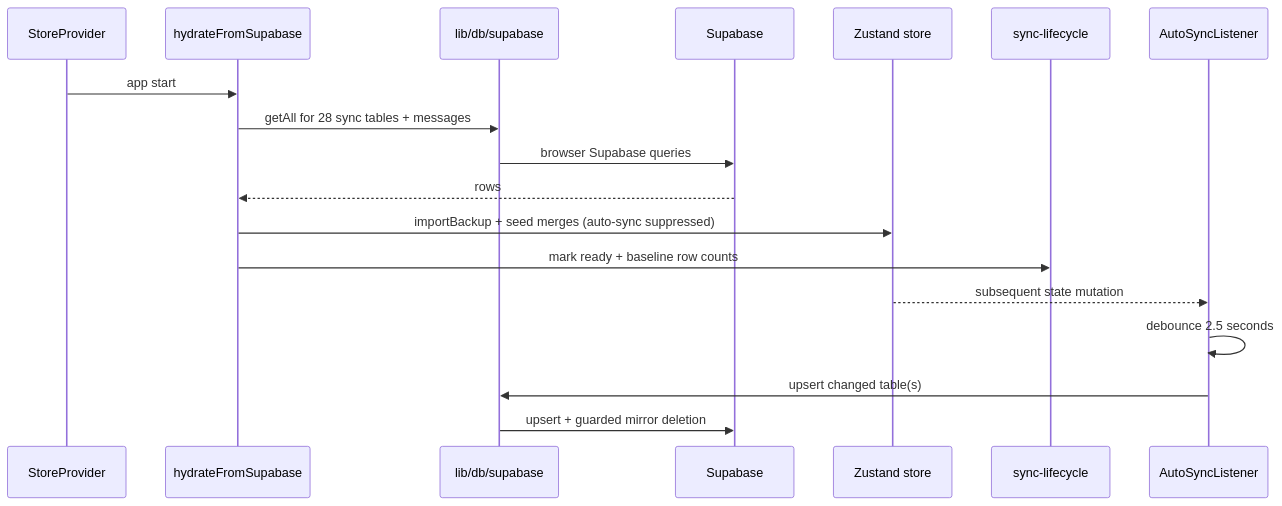
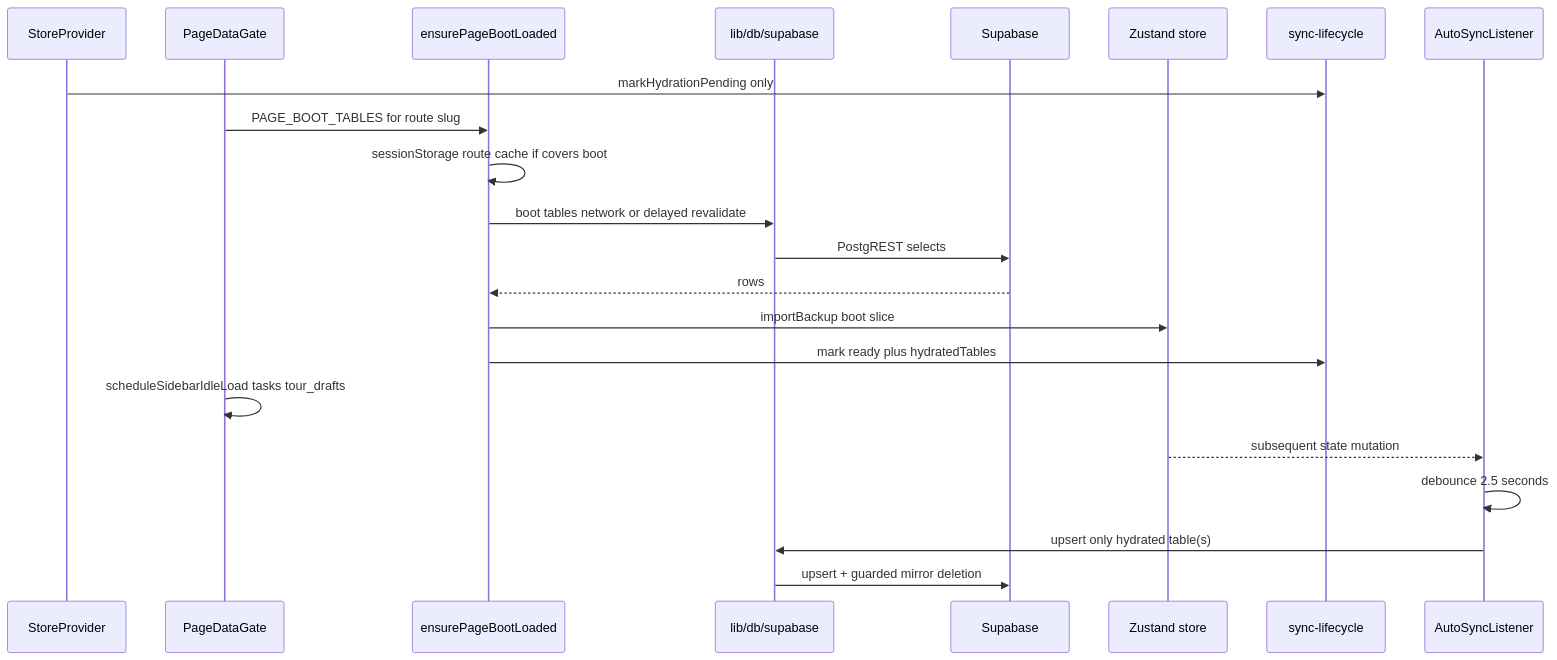
Before and after one commit to ThanhBinhAG/TheAntAdventure: the seventh of 11 diagrams in docs/GRAPHRAG-MEMORY.md, drawn with Mermaid. The commit also changed other lines of this file and 29 other files, not shown here.

Commit message:
fix: Update Supabase configuration for local development and enhance data fetching with SWR v2.5.0; add new scripts for local database management and improve documentation for environment setup.

````diff
--- a/docs/GRAPHRAG-MEMORY.md
+++ b/docs/GRAPHRAG-MEMORY.md
@@ -258,20 +258,24 @@
 ```mermaid
 sequenceDiagram
   participant SP as StoreProvider
-  participant HY as hydrateFromSupabase
+  participant PG as PageDataGate
+  participant HY as ensurePageBootLoaded
   participant DB as lib/db/supabase
   participant SB as Supabase
   participant Z as Zustand store
   participant HL as sync-lifecycle
   participant AS as AutoSyncListener
-  SP->>HY: app start
-  HY->>DB: getAll for 28 sync tables + messages
-  DB->>SB: browser Supabase queries
+  SP->>HL: markHydrationPending only
+  PG->>HY: PAGE_BOOT_TABLES for route slug
+  HY->>HY: sessionStorage route cache if covers boot
+  HY->>DB: boot tables network or delayed revalidate
+  DB->>SB: PostgREST selects
   SB-->>HY: rows
-  HY->>Z: importBackup + seed merges (auto-sync suppressed)
-  HY->>HL: mark ready + baseline row counts
+  HY->>Z: importBackup boot slice
+  HY->>HL: mark ready plus hydratedTables
+  PG->>PG: scheduleSidebarIdleLoad tasks tour_drafts
   Z-->>AS: subsequent state mutation
   AS->>AS: debounce 2.5 seconds
-  AS->>DB: upsert changed table(s)
+  AS->>DB: upsert only hydrated table(s)
   DB->>SB: upsert + guarded mirror deletion
 ```
````
